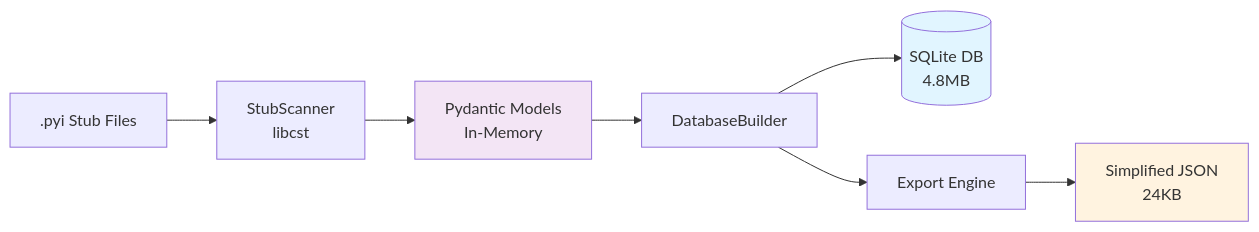
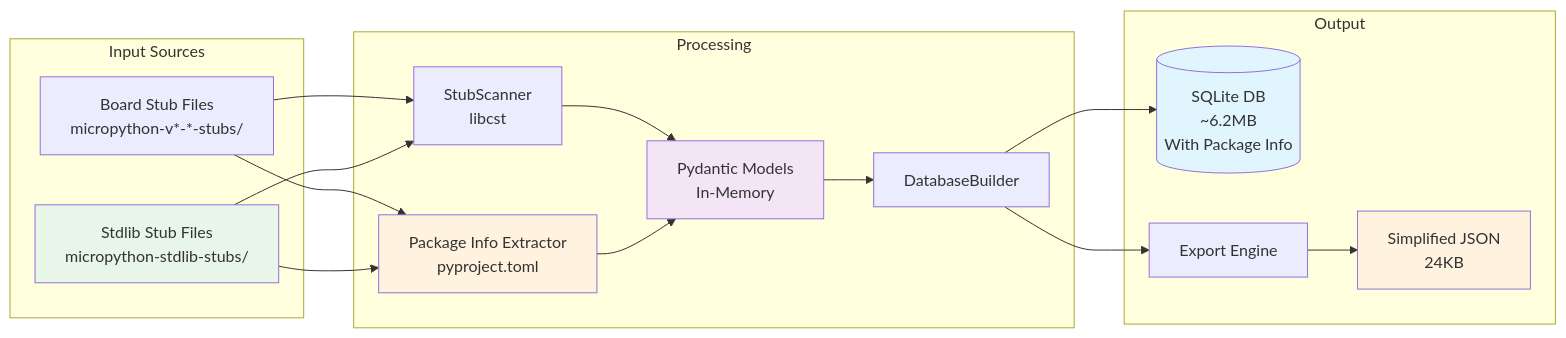
One commit to Josverl/micropython-stubs changed the second of 5 diagrams in tools/board_compare/ARCHITECTURE.md. Above: the diagram before and after it, drawn with Mermaid. The commit also changed other lines of this file and 4 other files, not shown here.

Commit message:
update database with stdlib and package name and version

````diff
--- a/tools/board_compare/ARCHITECTURE.md
+++ b/tools/board_compare/ARCHITECTURE.md
@@ -654,13 +834,37 @@
 ```mermaid
 graph LR
-    A[.pyi Stub Files] --> B[StubScanner<br/>libcst]
-    B --> C[Pydantic Models<br/>In-Memory]
-    C --> D[DatabaseBuilder]
-    D --> E[(SQLite DB<br/>4.8MB)]
-    D --> F[Export Engine]
-    F --> G[Simplified JSON<br/>24KB]
+    subgraph "Input Sources"
+        A[Board Stub Files<br/>micropython-v*-*-stubs/]
+        A2[Stdlib Stub Files<br/>micropython-stdlib-stubs/]
+    end
+    
+    subgraph "Processing"
+        B[StubScanner<br/>libcst]
+        B2[Package Info Extractor<br/>pyproject.toml]
+        C[Pydantic Models<br/>In-Memory]
+        D[DatabaseBuilder]
+    end
+    
+    subgraph "Output"
+        E[(SQLite DB<br/>~6.2MB<br/>With Package Info)]
+        F[Export Engine]
+        G[Simplified JSON<br/>24KB]
+    end
+    
+    A --> B
+    A2 --> B
+    A --> B2
+    A2 --> B2
+    B --> C
+    B2 --> C
+    C --> D
+    D --> E
+    D --> F
+    F --> G
     
     style E fill:#e1f5ff
     style C fill:#f3e5f5
     style G fill:#fff3e0
+    style A2 fill:#e8f5e9
+    style B2 fill:#fff3e0
 ```
````
